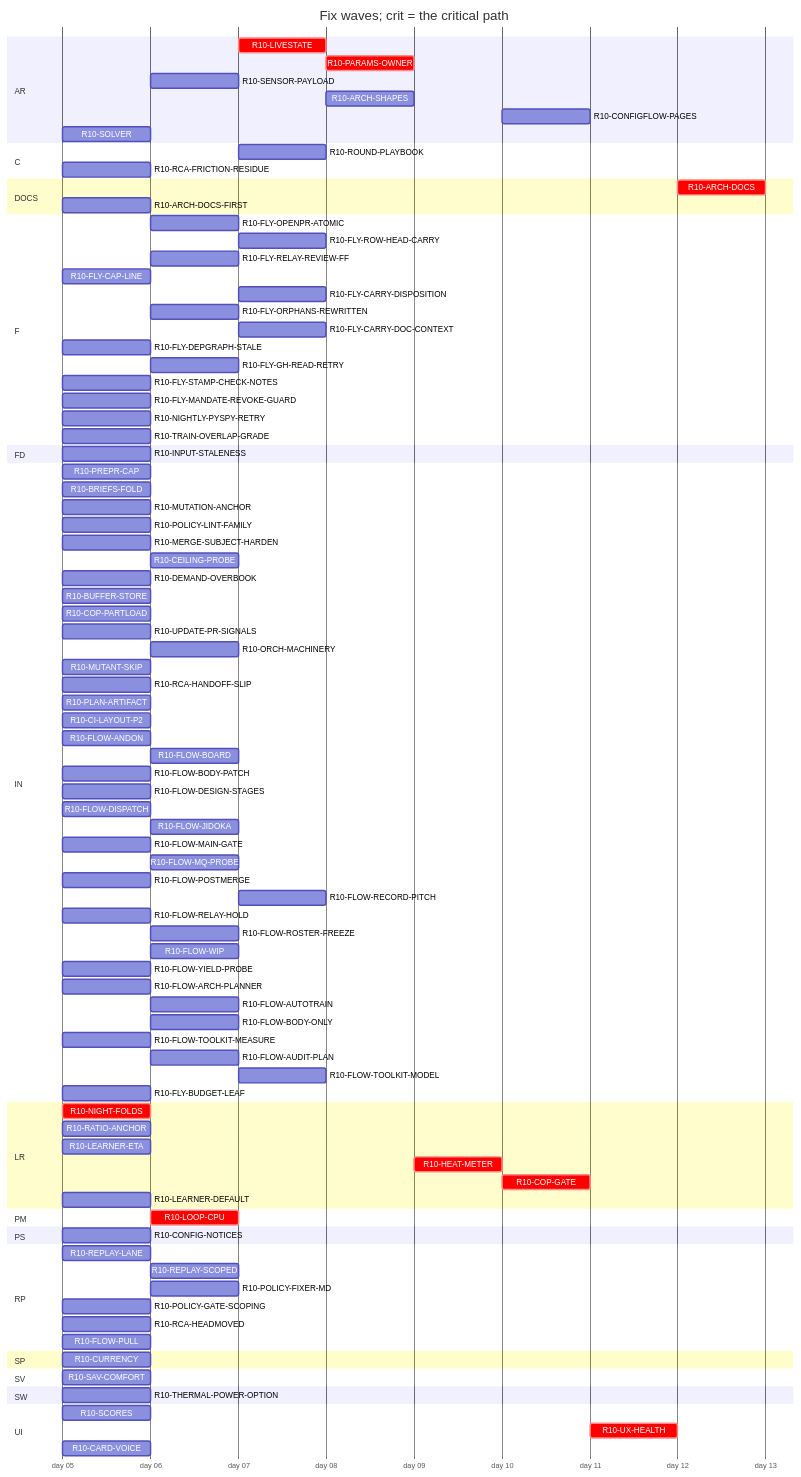
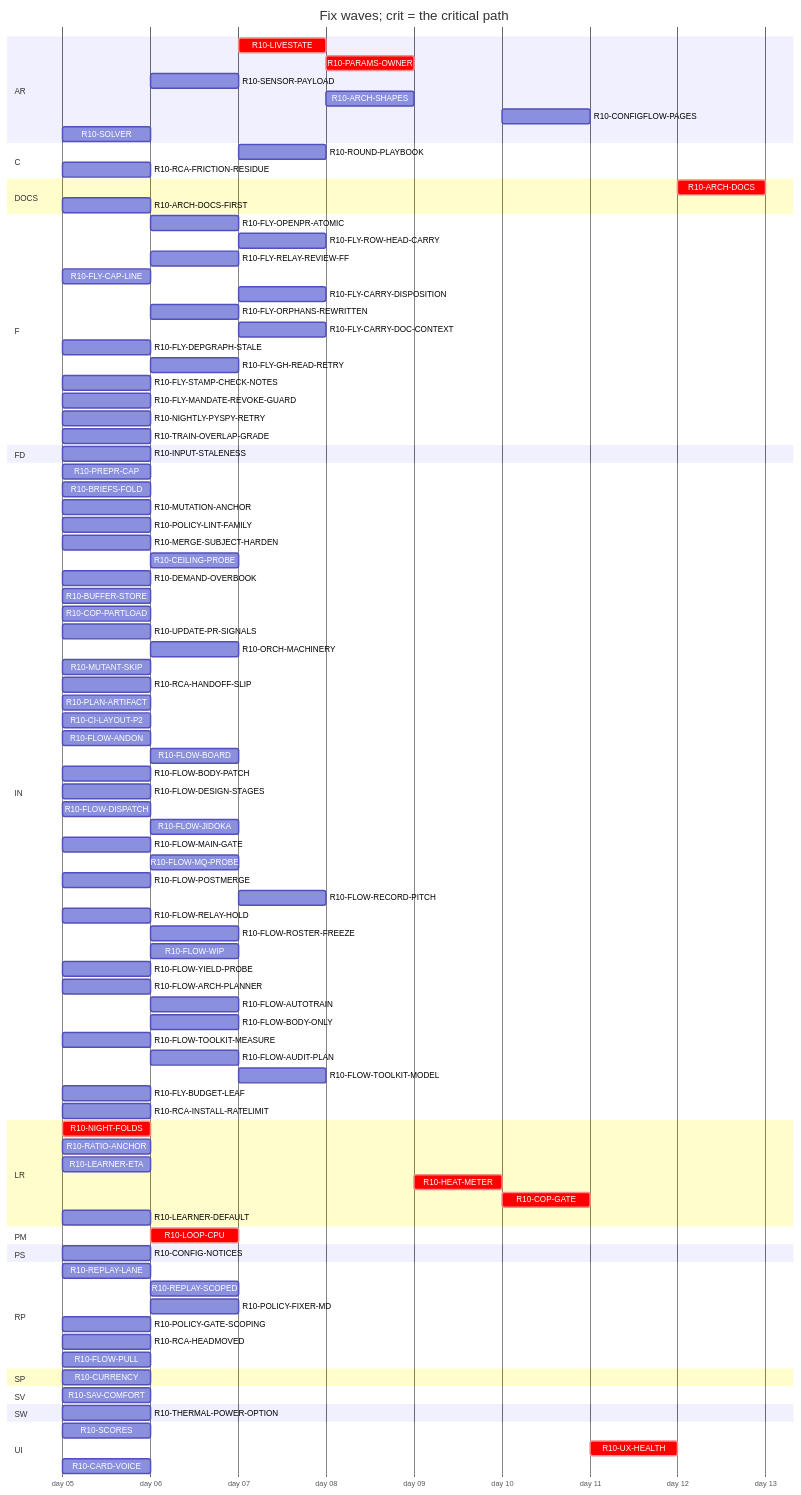
The diagram in handoff/round10/state/PLAN-TABLE.md (tvofi/heatpump_optimizer), drawn with Mermaid before and after one commit. The commit also changed other lines of this file and 2 other files, not shown here.

```diff
--- a/handoff/round10/state/PLAN-TABLE.md
+++ b/handoff/round10/state/PLAN-TABLE.md
@@ -95,6 +95,7 @@
     R10-FLOW-AUDIT-PLAN :r10FLOWAUDITPLAN, after r10FLOWARCHPLANNER r10FLOWTOOLKITMEASURE, 1d
     R10-FLOW-TOOLKIT-MODEL :r10FLOWTOOLKITMODEL, after r10ORCHMACHINERY r10FLOWTOOLKITMEASURE, 1d
     R10-FLY-BUDGET-LEAF :r10FLYBUDGETLEAF, 2026-01-05, 1d
+    R10-RCA-INSTALL-RATELIMIT :r10RCAINSTALLRATELIMIT, 2026-01-05, 1d
   section LR
     R10-NIGHT-FOLDS :crit, r10NIGHTFOLDS, 2026-01-05, 1d
     R10-RATIO-ANCHOR :r10RATIOANCHOR, 2026-01-05, 1d
```
